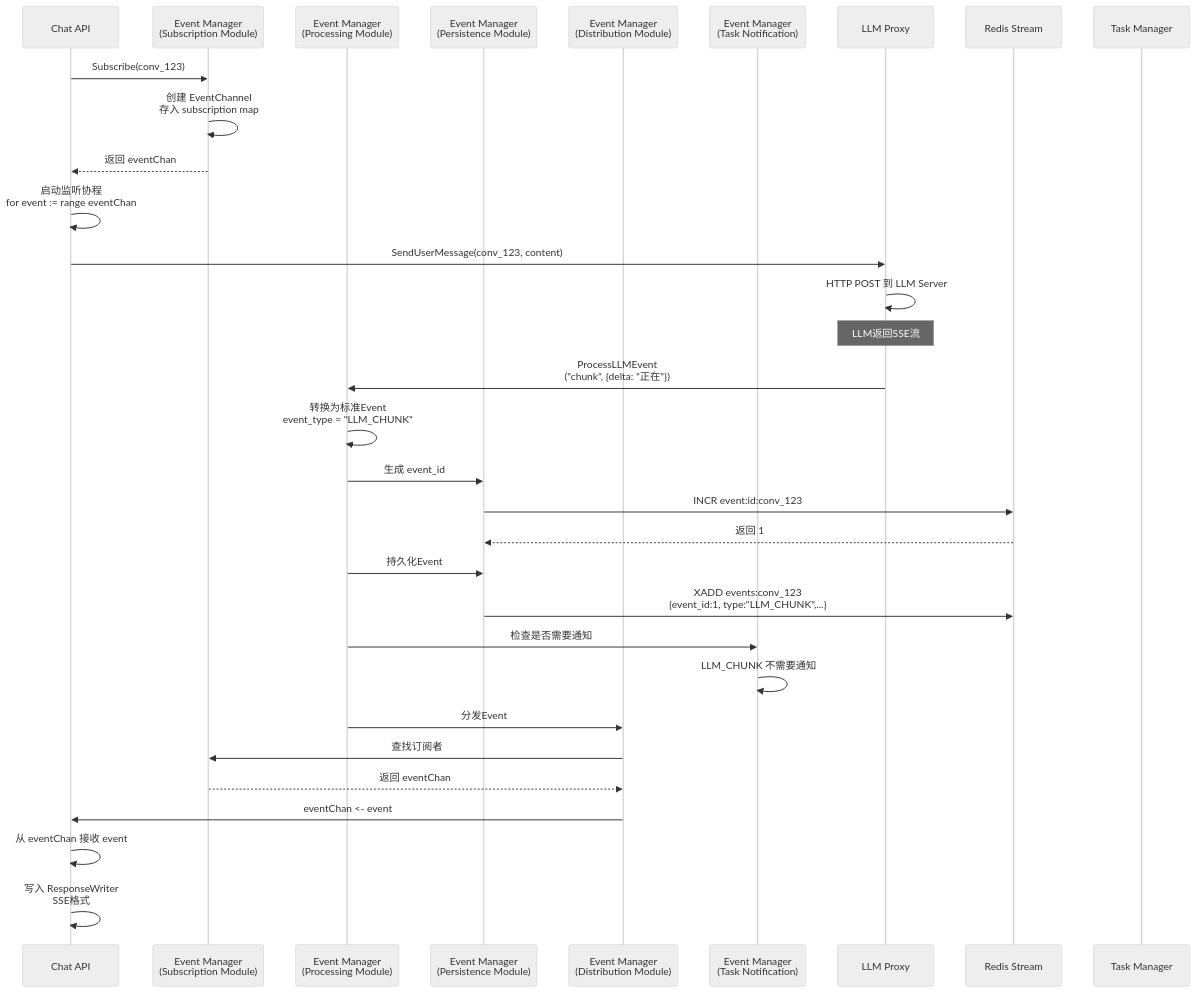
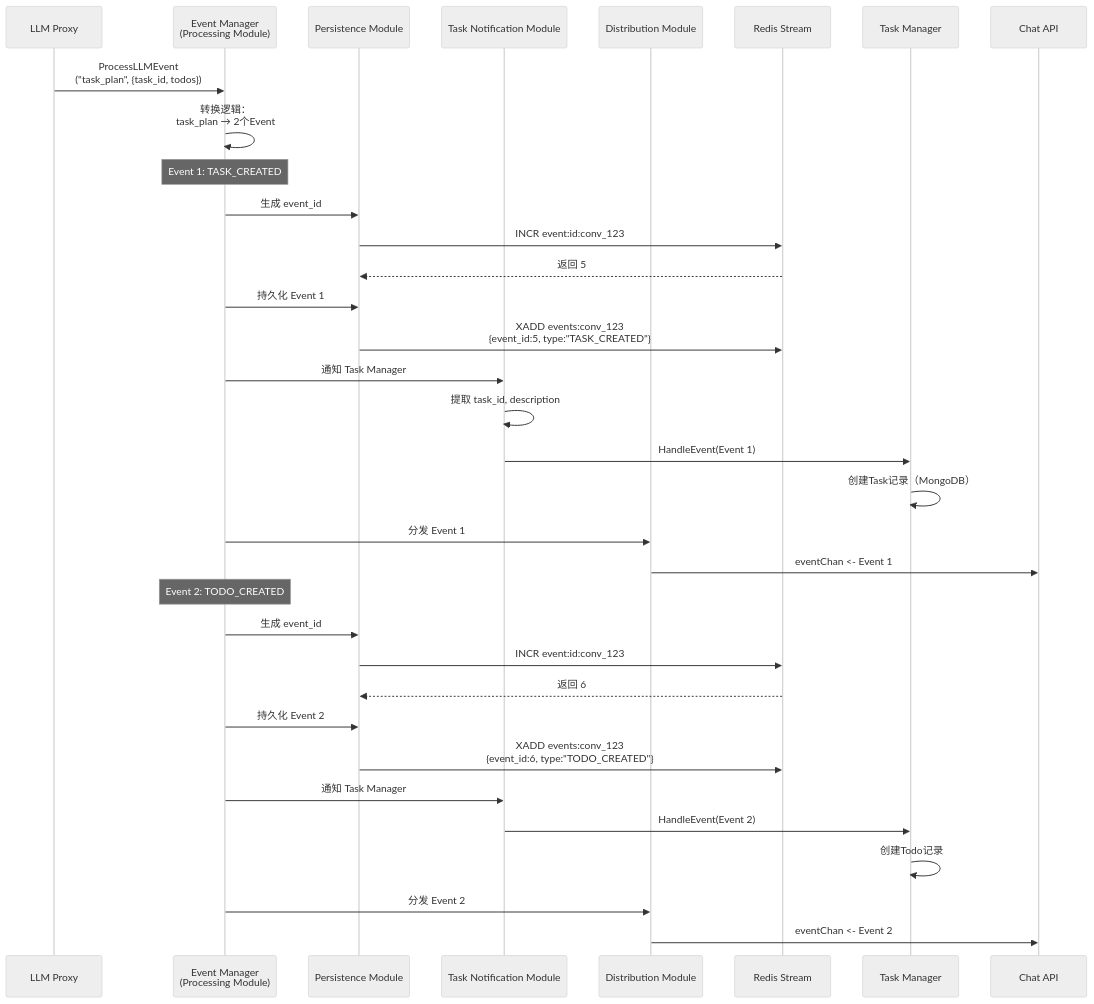
One commit to yingjianzh/iodraw-files changed the diagram in all/未命名-10.md. Above: the diagram before and after it, drawn with Mermaid (neutral theme).

Commit message:
2025-12-22 16:39:32 update

````diff
--- a/all/未命名-10.md
+++ b/all/未命名-10.md
@@ -1,44 +1,46 @@
 ```mermaid
 sequenceDiagram
-    participant ChatAPI as Chat API
-    participant EventMgr as Event Manager<br/>(Subscription Module)
+    participant LLMProxy as LLM Proxy
     participant EventProc as Event Manager<br/>(Processing Module)
-    participant Persist as Event Manager<br/>(Persistence Module)
-    participant Distrib as Event Manager<br/>(Distribution Module)
-    participant TaskNotif as Event Manager<br/>(Task Notification)
-    participant LLMProxy as LLM Proxy
+    participant Persist as Persistence Module
+    participant TaskNotif as Task Notification Module
+    participant Distrib as Distribution Module
     participant Redis as Redis Stream
     participant TaskMgr as Task Manager
+    participant ChatAPI as Chat API
 
-    ChatAPI->>EventMgr: Subscribe(conv_123)
-    EventMgr->>EventMgr: 创建 EventChannel<br/>存入 subscription map
-    EventMgr-->>ChatAPI: 返回 eventChan
+    LLMProxy->>EventProc: ProcessLLMEvent<br/>("task_plan", {task_id, todos})
 
-    ChatAPI->>ChatAPI: 启动监听协程<br/>for event := range eventChan
+    EventProc->>EventProc: 转换逻辑：<br/>task_plan → 2个Event
     
-    ChatAPI->>LLMProxy: SendUserMessage(conv_123, content)
-    LLMProxy->>LLMProxy: HTTP POST 到 LLM Server
-
-    Note over LLMProxy: LLM返回SSE流
-
-    LLMProxy->>EventProc: ProcessLLMEvent<br/>("chunk", {delta: "正在"})
-    
-    EventProc->>EventProc: 转换为标准Event<br/>event_type = "LLM_CHUNK"
+    Note over EventProc: Event 1: TASK_CREATED
     EventProc->>Persist: 生成 event_id
     Persist->>Redis: INCR event:id:conv_123
-    Redis-->>Persist: 返回 1
+    Redis-->>Persist: 返回 5
     
-    EventProc->>Persist: 持久化Event
-    Persist->>Redis: XADD events:conv_123<br/>{event_id:1, type:"LLM_CHUNK",...}
+    EventProc->>Persist: 持久化 Event 1
+    Persist->>Redis: XADD events:conv_123<br/>{event_id:5, type:"TASK_CREATED"}
     
-    EventProc->>TaskNotif: 检查是否需要通知
-    TaskNotif->>TaskNotif: LLM_CHUNK 不需要通知
+    EventProc->>TaskNotif: 通知 Task Manager
+    TaskNotif->>TaskNotif: 提取 task_id, description
+    TaskNotif->>TaskMgr: HandleEvent(Event 1)
+    TaskMgr->>TaskMgr: 创建Task记录（MongoDB）
     
-    EventProc->>Distrib: 分发Event
-    Distrib->>EventMgr: 查找订阅者
-    EventMgr-->>Distrib: 返回 eventChan
-    Distrib->>ChatAPI: eventChan <- event
+    EventProc->>Distrib: 分发 Event 1
+    Distrib->>ChatAPI: eventChan <- Event 1
     
-    ChatAPI->>ChatAPI: 从 eventChan 接收 event
-    ChatAPI->>ChatAPI: 写入 ResponseWriter<br/>SSE格式
+    Note over EventProc: Event 2: TODO_CREATED
+    EventProc->>Persist: 生成 event_id
+    Persist->>Redis: INCR event:id:conv_123
+    Redis-->>Persist: 返回 6
+    
+    EventProc->>Persist: 持久化 Event 2
+    Persist->>Redis: XADD events:conv_123<br/>{event_id:6, type:"TODO_CREATED"}
+    
+    EventProc->>TaskNotif: 通知 Task Manager
+    TaskNotif->>TaskMgr: HandleEvent(Event 2)
+    TaskMgr->>TaskMgr: 创建Todo记录
+    
+    EventProc->>Distrib: 分发 Event 2
+    Distrib->>ChatAPI: eventChan <- Event 2
 ```
````
